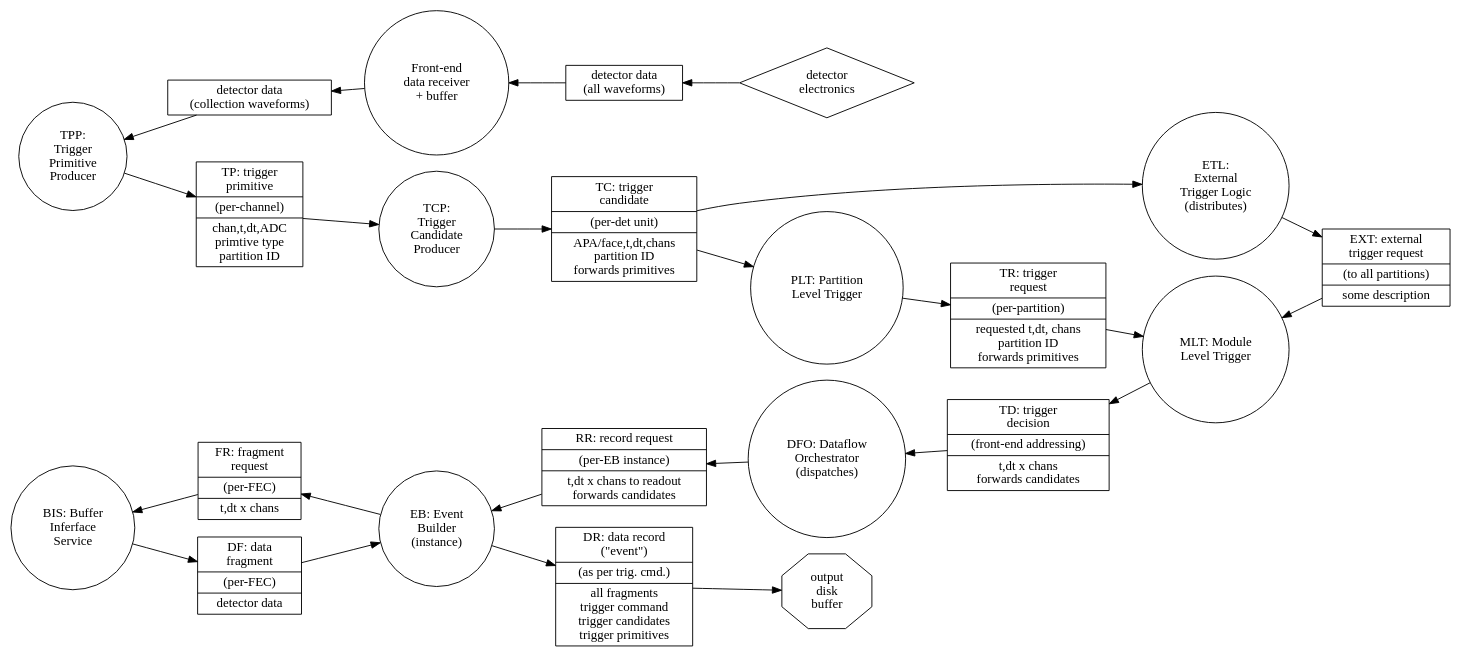
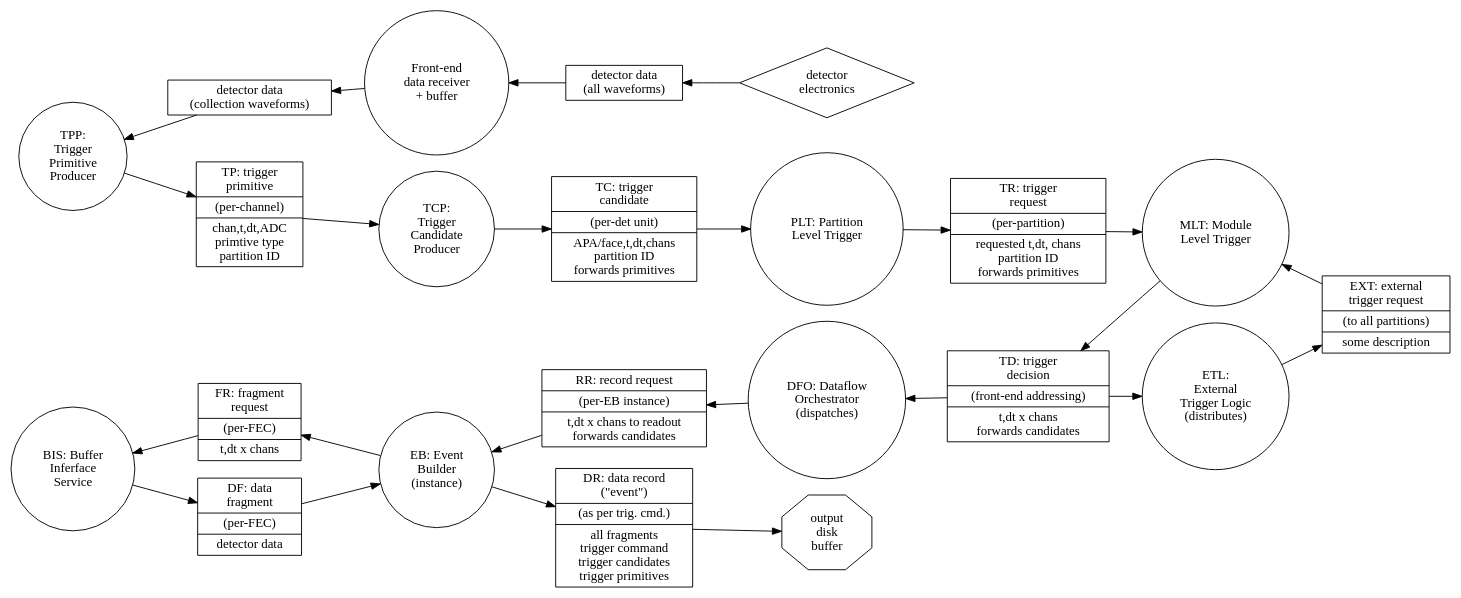
Before and after one commit to DUNE/dune-tdr: the diagram in graphics/daq-parts.dot, drawn with Graphviz. The commit also changed 1 other file, not shown here.

Commit message:
ETL takes TD not TR

```diff
--- a/graphics/daq-parts.dot
+++ b/graphics/daq-parts.dot
@@ -1,54 +1,54 @@
 digraph parts {
         rankdir=LR
         // data
         node[shape=record];
         ele[label="detector\nelectronics",shape=diamond];
         
         rwf[label="detector data\n(all waveforms)"];
         bwf[label="detector data\n(collection waveforms)"];
         tp[label="{TP: trigger\nprimitive}|{(per-channel)}|{chan,t,dt,ADC\nprimtive type\npartition ID}"];
         tc[label="{TC: trigger\ncandidate}|{(per-det unit)}|{APA/face,t,dt,chans\npartition ID\nforwards primitives}"];
         tr[label="{TR: trigger\nrequest}|{(per-partition)}|{requested t,dt, chans\npartition ID\nforwards primitives}"];
         ext[label="{EXT: external\ntrigger request}|{(to all partitions)}|{some description}"];        
         td[label="{TD: trigger\ndecision}|{(front-end addressing)}|{t,dt x chans\nforwards candidates}"];
         rr[label="{RR: record request}|{(per-EB instance)}|{t,dt x chans to readout\nforwards candidates}"];
         fr[label="{FR: fragment\nrequest}|{(per-FEC)}|{t,dt x chans}"];
         df[label="{DF: data\nfragment}|{(per-FEC)}|{detector data}"];
         dr[label="{DR: data record\n(\"event\")}|{(as per trig. cmd.)}|{all fragments\ntrigger command\ntrigger candidates\ntrigger primitives}"];
 
         // processes
         node[shape=circle];
         recv[label="Front-end\ndata receiver\n+ buffer"];
         tpp[label="TPP:\nTrigger\nPrimitive\nProducer"];
         tcp[label="TCP:\nTrigger\nCandidate\nProducer"];
         plt[label="PLT: Partition\n Level Trigger"];
         mlt[label="MLT: Module\nLevel Trigger"];
         dfo[label="DFO: Dataflow\nOrchestrator\n(dispatches)"];
         bis[label="BIS: Buffer\nInferface\nService"];
         eb[label="EB: Event\nBuilder\n(instance)"];
         out[label="output\ndisk\nbuffer",shape=octagon];
 
         etl[label="ETL:\nExternal\nTrigger Logic\n(distributes)"]
         
         //ele->rwf->recv->bwf->tpp;
         tpp->bwf->recv->rwf->ele[dir=back];
         
         tpp->tp->tcp->tc->plt;
         plt->tr->mlt;
 
         //mlt->tcmd->dfo->tcmd2->eb->req->bis->frag->eb->rec->out;
         td->mlt[dir=back];
         dfo->td[dir=back];
         rr->dfo[dir=back];
         eb->rr[dir=back];
         fr->eb[dir=back];
         bis->fr[dir=back];
         bis->df->eb->dr->out;
         
-        tc->etl->ext;
+        td->etl->ext;
         mlt->ext[dir=back];
 
         edge[style=invis];
         {rank=same;
                 plt->dfo->out;}
 }
```
